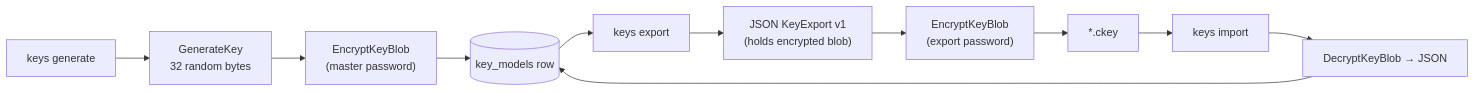
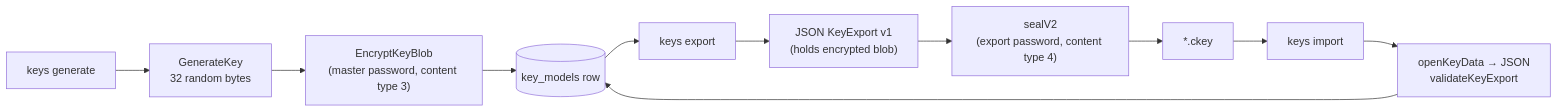
The third of 3 diagrams in intel/map.md (jabbott-iii/Cryptare), drawn with Mermaid before and after one commit. The commit also changed other lines of this file and 11 other files, not shown here.

````diff
--- a/intel/map.md
+++ b/intel/map.md
@@ -87,6 +102,6 @@
 ```mermaid
 flowchart LR
-  gen["keys generate"] --> rk["GenerateKey<br/>32 random bytes"] --> eb["EncryptKeyBlob<br/>(master password)"] --> row[("key_models row")]
-  row --> exp["keys export"] --> env["JSON KeyExport v1<br/>(holds encrypted blob)"] --> eb2["EncryptKeyBlob<br/>(export password)"] --> ckey["*.ckey"]
-  ckey --> imp["keys import"] --> dec["DecryptKeyBlob → JSON"] --> row
+  gen["keys generate"] --> rk["GenerateKey<br/>32 random bytes"] --> eb["EncryptKeyBlob<br/>(master password, content type 3)"] --> row[("key_models row")]
+  row --> exp["keys export"] --> env["JSON KeyExport v1<br/>(holds encrypted blob)"] --> eb2["sealV2<br/>(export password, content type 4)"] --> ckey["*.ckey"]
+  ckey --> imp["keys import"] --> dec["openKeyData → JSON<br/>validateKeyExport"] --> row
 ```
````
